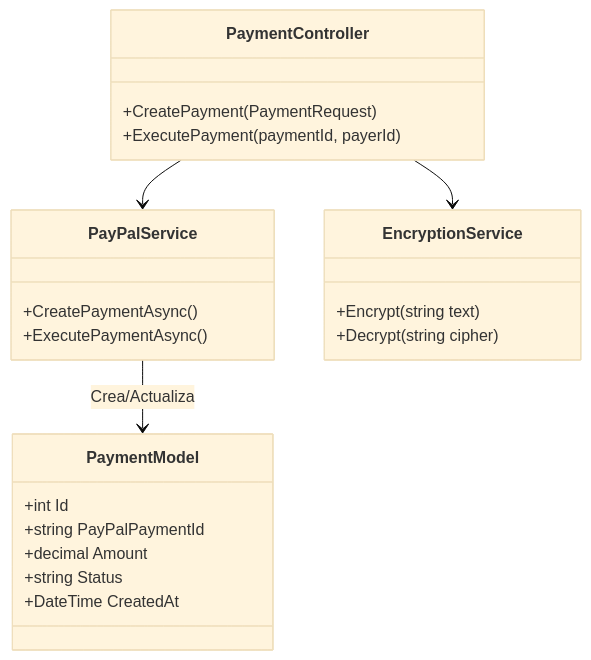
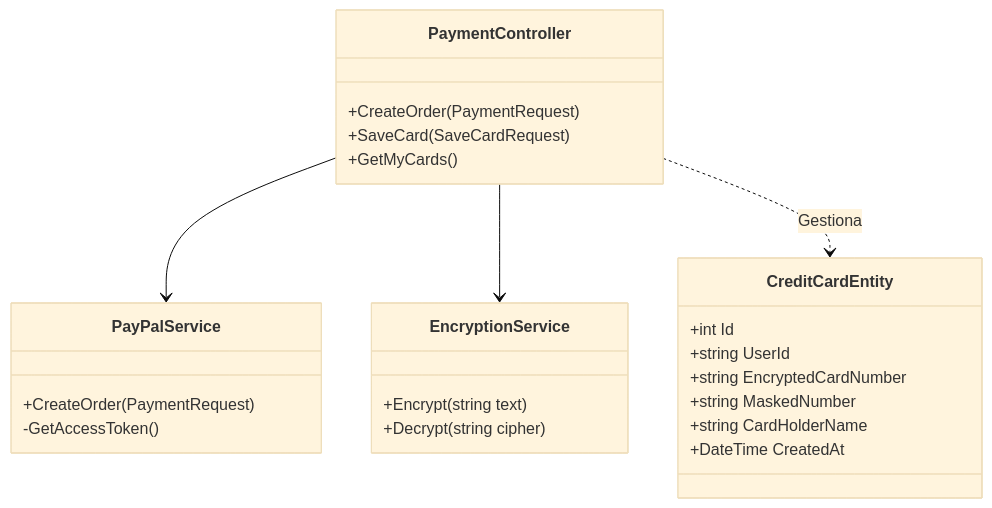
The second of 2 diagrams in backend/payment-service/README.md (WooshC/PetCare-DSS), drawn with Mermaid (base theme) before and after one commit. The commit also changed other lines of this file and 4 other files, not shown here.

````diff
--- a/backend/payment-service/README.md
+++ b/backend/payment-service/README.md
@@ -52,34 +56,36 @@
 ```mermaid
 classDiagram
     %% Estilos
     classDef controller fill:#ffe0b2,stroke:#f57c00,stroke-width:1px
     classDef service fill:#bbdefb,stroke:#1976d2,stroke-width:1px
     classDef model fill:#c8e6c9,stroke:#388e3c,stroke-width:1px
 
     class PaymentController:::controller {
-        +CreatePayment(PaymentRequest)
-        +ExecutePayment(paymentId, payerId)
+        +CreateOrder(PaymentRequest)
+        +SaveCard(SaveCardRequest)
+        +GetMyCards()
     }
 
     class PayPalService:::service {
-        +CreatePaymentAsync()
-        +ExecutePaymentAsync()
+        +CreateOrder(PaymentRequest)
+        -GetAccessToken()
     }
 
     class EncryptionService:::service {
         +Encrypt(string text)
         +Decrypt(string cipher)
     }
 
-    class PaymentModel:::model {
+    class CreditCardEntity:::model {
         +int Id
-        +string PayPalPaymentId
-        +decimal Amount
-        +string Status
+        +string UserId
+        +string EncryptedCardNumber
+        +string MaskedNumber
+        +string CardHolderName
         +DateTime CreatedAt
     }
 
     PaymentController --> PayPalService
     PaymentController --> EncryptionService
-    PayPalService --> PaymentModel : Crea/Actualiza
+    PaymentController ..> CreditCardEntity : Gestiona
 ```
````
